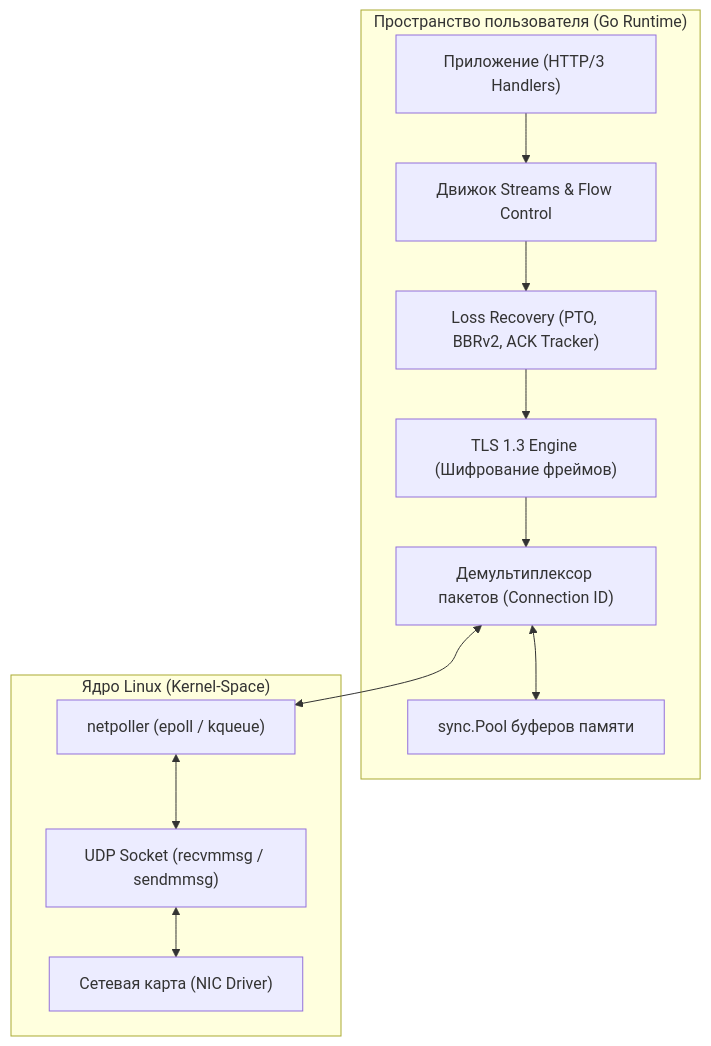
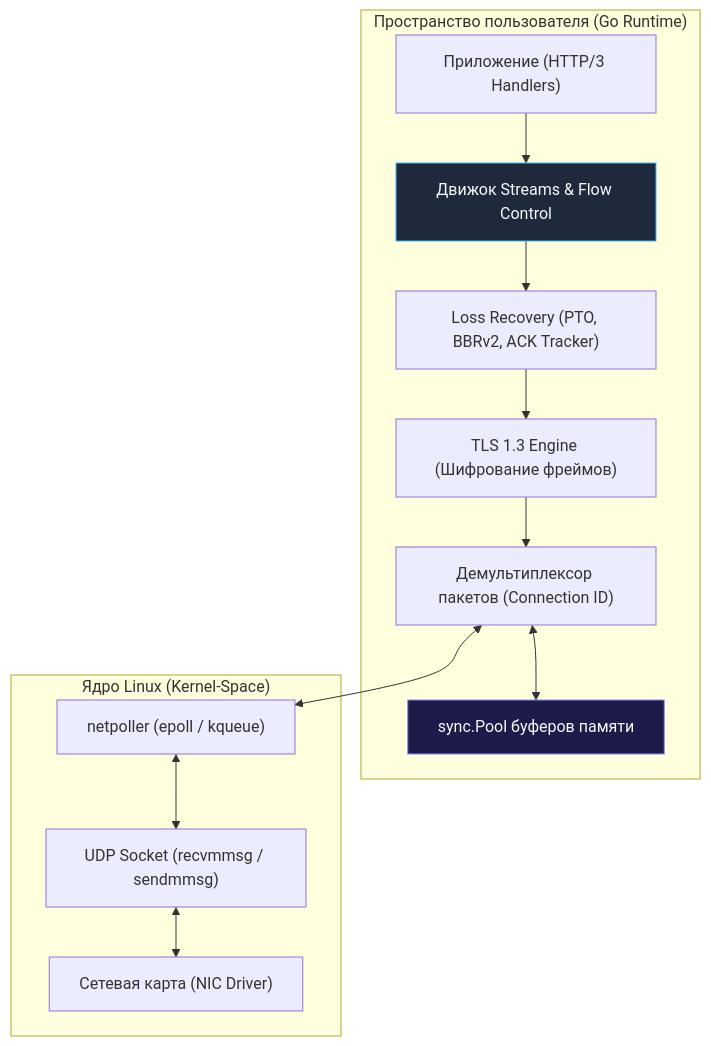
The first of 4 diagrams in sources/3. Компьютерные сети и сетевой стек/24. Deep Dive в QUIC. Пакеты, Stream, Loss Recovery.md (UnrealTemplier/go-textbook), drawn with Mermaid before and after one commit. The commit also changed other lines of this file and 1666 other files, not shown here.

First line of the commit message:
feat(mermaid): add semantic color classDef to 1369 colorless flowchart/graph diagrams

````diff
--- a/sources/3. Компьютерные сети и сетевой стек/24. Deep Dive в QUIC. Пакеты, Stream, Loss Recovery.md
+++ b/sources/3. Компьютерные сети и сетевой стек/24. Deep Dive в QUIC. Пакеты, Stream, Loss Recovery.md
@@ -12,27 +12,37 @@
 ```mermaid
 flowchart TD
+    classDef process  fill:#1e293b,stroke:#38bdf8,stroke-width:1px,color:#f8fafc
+    classDef success  fill:#064e3b,stroke:#34d399,stroke-width:1px,color:#f8fafc
+    classDef error    fill:#7f1d1d,stroke:#f87171,stroke-width:1px,color:#f8fafc
+    classDef warning  fill:#78350f,stroke:#fbbf24,stroke-width:1px,color:#f8fafc
+    classDef entry    fill:#1e3a5f,stroke:#38bdf8,stroke-width:2px,color:#f8fafc
+    classDef aux      fill:#334155,stroke:#64748b,stroke-width:1px,color:#f8fafc
+    classDef system   fill:#312e81,stroke:#a78bfa,stroke-width:1px,color:#f8fafc
+    classDef data     fill:#132d29,stroke:#2dd4bf,stroke-width:1px,color:#f8fafc
+    classDef network  fill:#881337,stroke:#fb7185,stroke-width:1px,color:#f8fafc
+    classDef accent   fill:#1e1b4b,stroke:#818cf8,stroke-width:1px,color:#f8fafc
     subgraph Userspace ["Пространство пользователя (Go Runtime)"]
         App["Приложение (HTTP/3 Handlers)"]
-        StreamEngine["Движок Streams & Flow Control"]
+        StreamEngine["Движок Streams & Flow Control"]:::process
         LossRecovery["Loss Recovery (PTO, BBRv2, ACK Tracker)"]
         CryptoEngine["TLS 1.3 Engine (Шифрование фреймов)"]
         PacketMux["Демультиплексор пакетов (Connection ID)"]
-        BufferPool["sync.Pool буферов памяти"]
+        BufferPool["sync.Pool буферов памяти"]:::accent
         
         App --> StreamEngine
         StreamEngine --> LossRecovery
         LossRecovery --> CryptoEngine
         CryptoEngine --> PacketMux
         PacketMux <--> BufferPool
     end
 
     subgraph Kernel ["Ядро Linux (Kernel-Space)"]
         Netpoller["netpoller (epoll / kqueue)"]
         UDPSocket["UDP Socket (recvmmsg / sendmmsg)"]
         NetCard["Сетевая карта (NIC Driver)"]
         
         PacketMux <--> Netpoller
         Netpoller <--> UDPSocket
         UDPSocket <--> NetCard
     end
 ```
````
